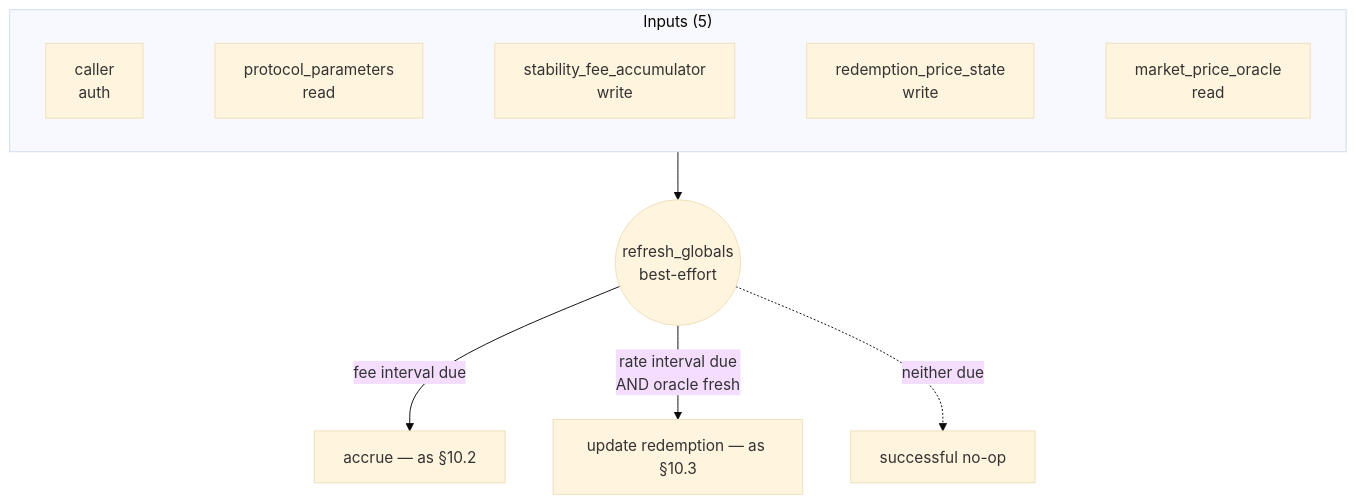
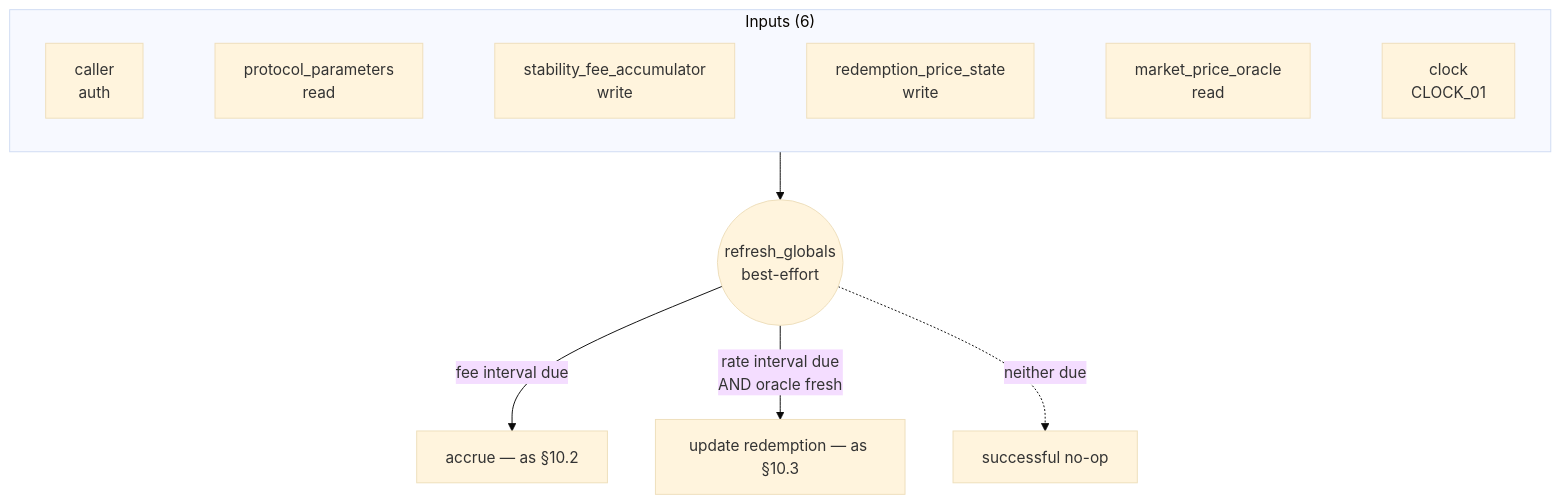
Before and after one commit to logos-blockchain/lez-programs: the sixth of 14 diagrams in docs/stablecoin/README.md, drawn with Mermaid (base theme). The commit also changed other lines of this file, not shown here.

First line of the commit message:
docs(stablecoin): document the CLOCK_01 clock account

````diff
--- a/docs/stablecoin/README.md
+++ b/docs/stablecoin/README.md
@@ -814,10 +848,10 @@
 ```mermaid
 flowchart TD
-    subgraph In["Inputs (5)"]
-        a1[caller<br/>auth] ~~~ a2[protocol_parameters<br/>read] ~~~ a3[stability_fee_accumulator<br/>write] ~~~ a4[redemption_price_state<br/>write] ~~~ a5[market_price_oracle<br/>read]
+    subgraph In["Inputs (6)"]
+        a1[caller<br/>auth] ~~~ a2[protocol_parameters<br/>read] ~~~ a3[stability_fee_accumulator<br/>write] ~~~ a4[redemption_price_state<br/>write] ~~~ a5[market_price_oracle<br/>read] ~~~ a6[clock<br/>CLOCK_01]
     end
     In --> Ins((refresh_globals<br/>best-effort))
     Ins -->|fee interval due| F[accrue — as §10.2]
     Ins -->|rate interval due<br/>AND oracle fresh| R[update redemption — as §10.3]
     Ins -.->|neither due| N[successful no-op]
 ```
````
